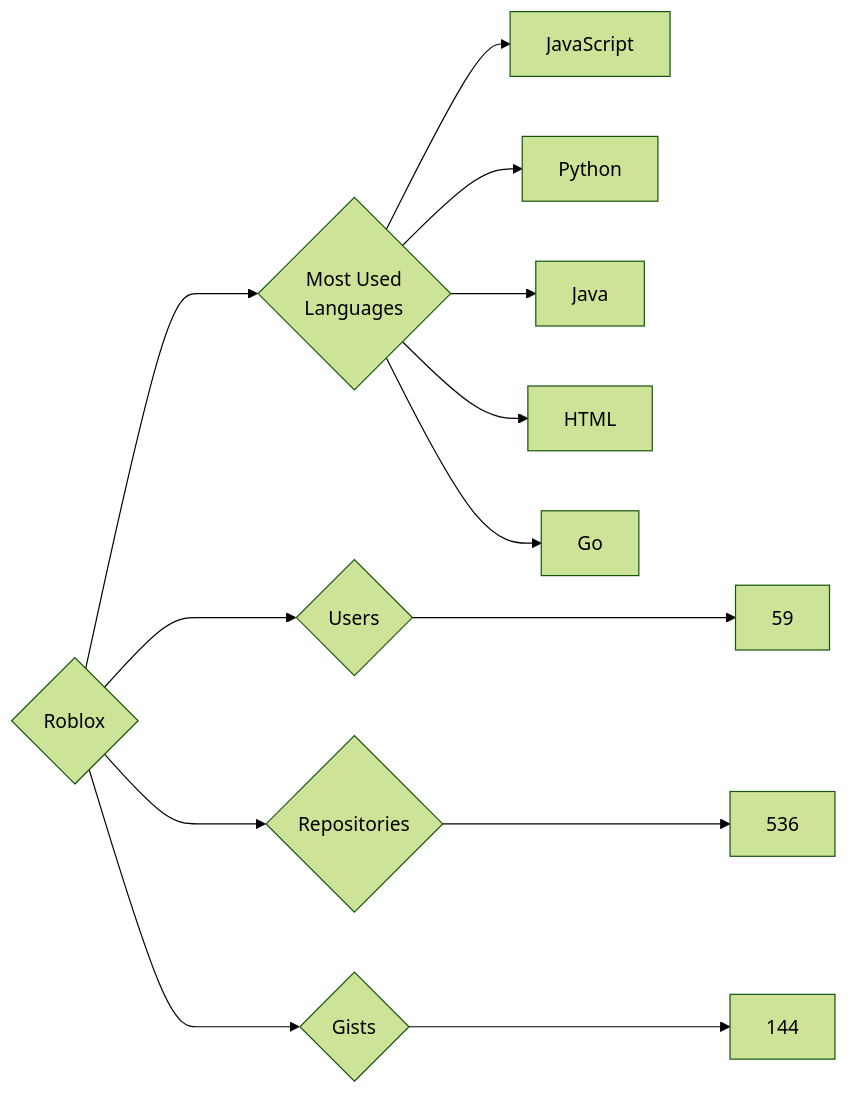
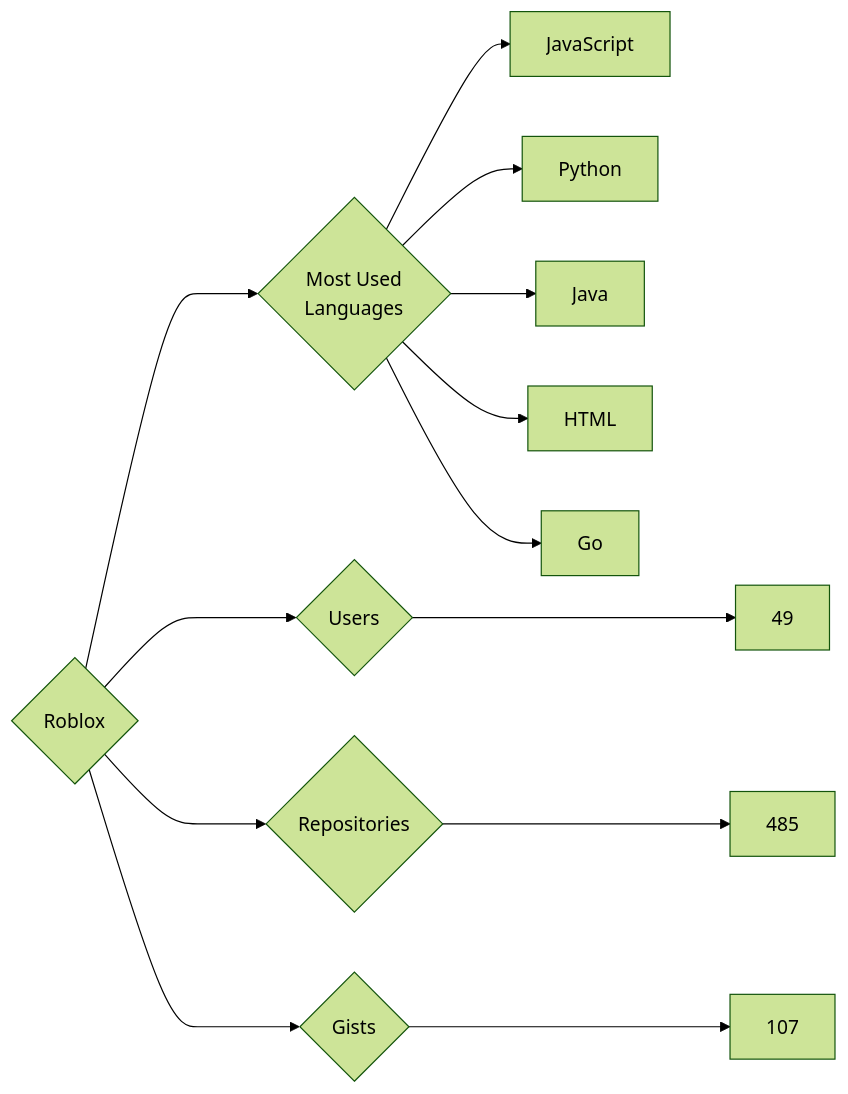
The diagram in targets/Roblox/README.md (trickest/insiders), drawn with Mermaid (forest theme) before and after one commit. The commit also changed 928 other files, not shown here.

````diff
--- a/targets/Roblox/README.md
+++ b/targets/Roblox/README.md
@@ -3,13 +3,13 @@
 ```mermaid
 graph LR
 COMPANY_NAME{Roblox}
-COMPANY_NAME ---> U{Users} ---> UN[59]
-COMPANY_NAME ---> R{Repositories} ---> RN[536]
-COMPANY_NAME ---> G{Gists} ---> GN[144]
+COMPANY_NAME ---> U{Users} ---> UN[49]
+COMPANY_NAME ---> R{Repositories} ---> RN[485]
+COMPANY_NAME ---> G{Gists} ---> GN[107]
 COMPANY_NAME ---> ML{Most Used<br>Languages}
 ML --> JavaScript[JavaScript]
 ML --> Python[Python]
 ML --> Java[Java]
 ML --> HTML[HTML]
 ML --> Go[Go]
 ```
````
